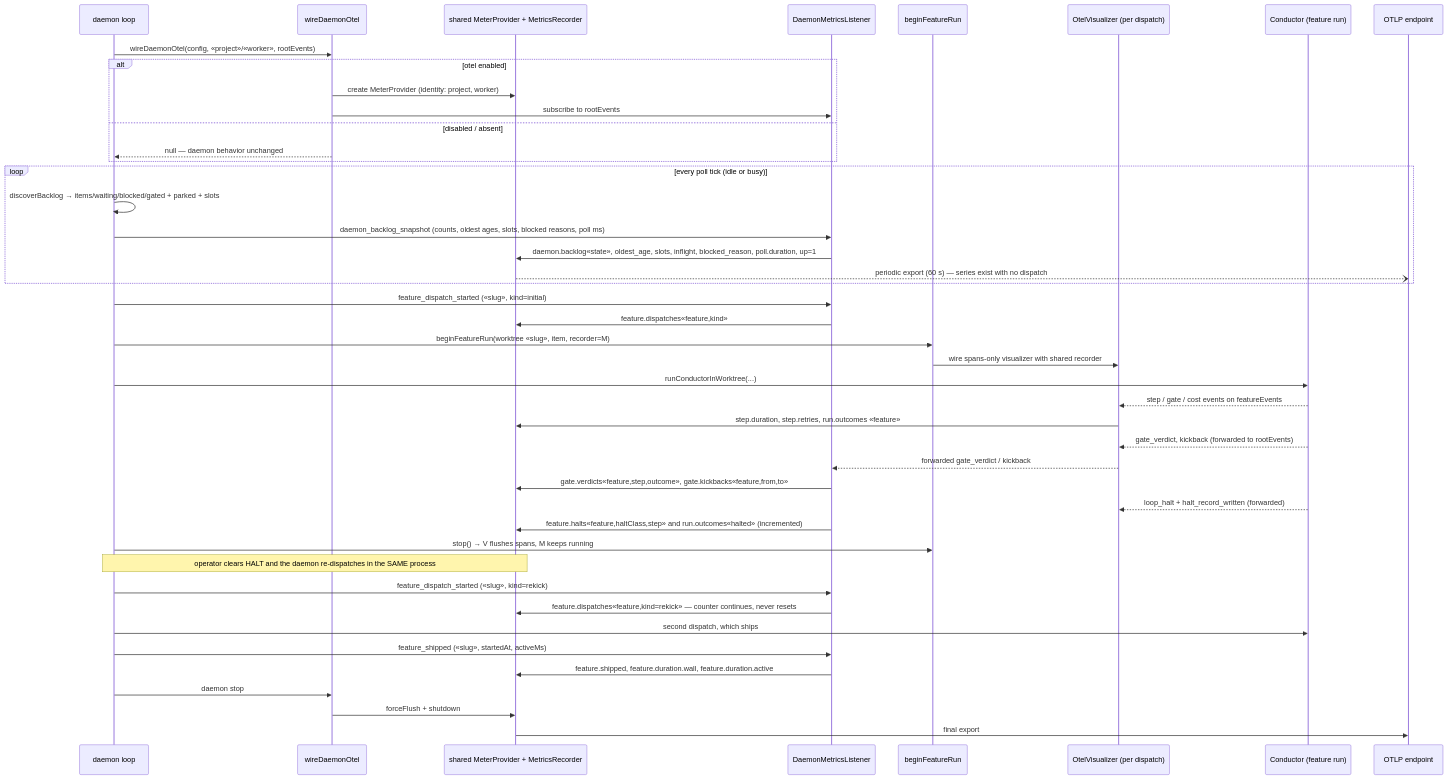
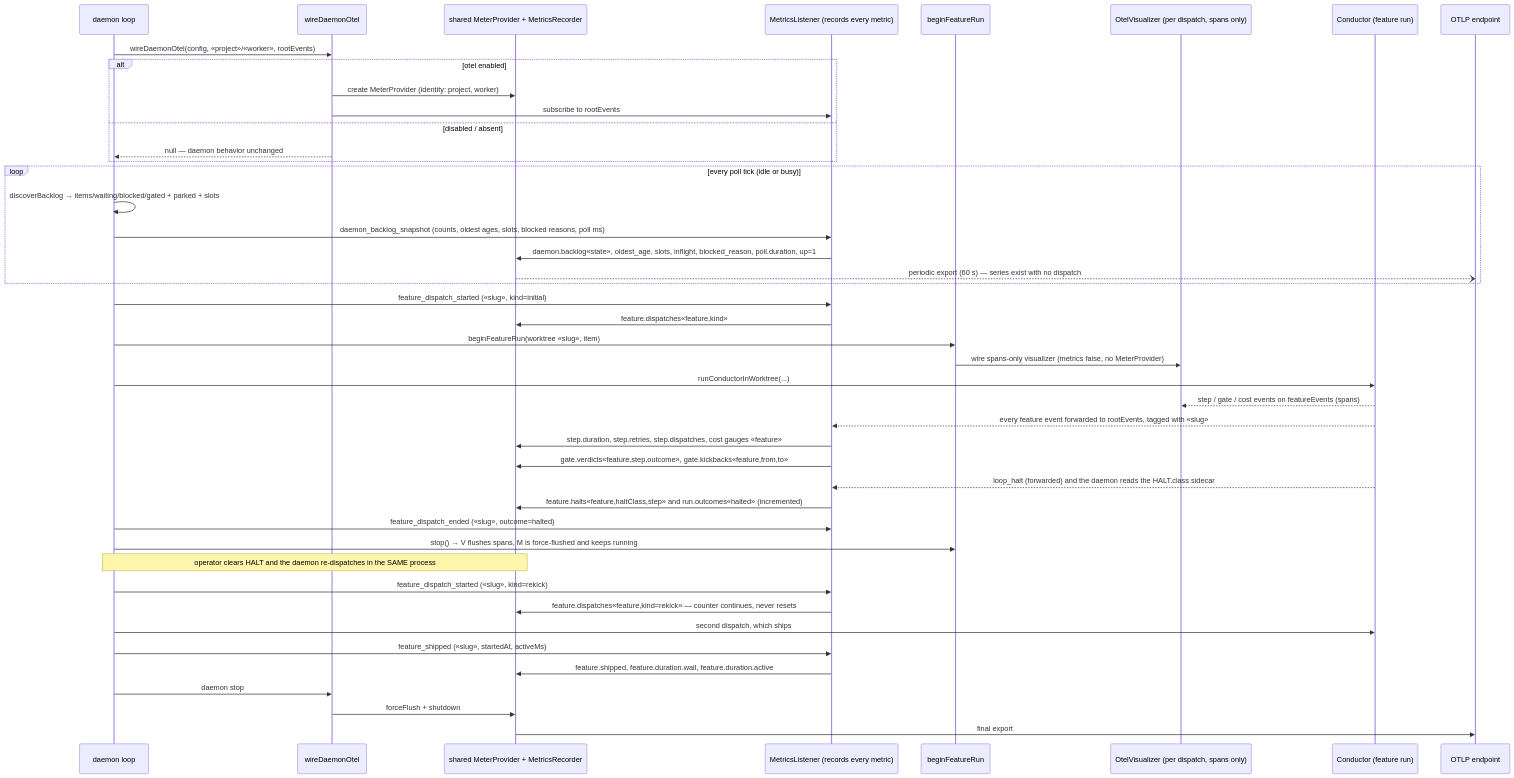
The diagram in .docs/architecture/sequences/no-daemon-level-metrics-queue-depth-halts-and-gate.md (jstoup111/ai-conductor), drawn with Mermaid before and after one commit. The commit also changed other lines of this file and 6 other files, not shown here.

First line of the commit message:
spec: metrics recorded by an event-fed listener; visualizer spans-only (remote-worker seam)

````diff
--- a/.docs/architecture/sequences/no-daemon-level-metrics-queue-depth-halts-and-gate.md
+++ b/.docs/architecture/sequences/no-daemon-level-metrics-queue-depth-halts-and-gate.md
@@ -10,51 +10,51 @@
 ```mermaid
 sequenceDiagram
     participant D as daemon loop
     participant W as wireDaemonOtel
     participant M as shared MeterProvider + MetricsRecorder
-    participant L as DaemonMetricsListener
+    participant L as MetricsListener (records every metric)
     participant B as beginFeatureRun
-    participant V as OtelVisualizer (per dispatch)
+    participant V as OtelVisualizer (per dispatch, spans only)
     participant C as Conductor (feature run)
     participant O as OTLP endpoint
 
     D->>W: wireDaemonOtel(config, «project»/«worker», rootEvents)
     alt otel enabled
         W->>M: create MeterProvider (identity: project, worker)
         W->>L: subscribe to rootEvents
     else disabled / absent
         W-->>D: null — daemon behavior unchanged
     end
 
     loop every poll tick (idle or busy)
         D->>D: discoverBacklog → items/waiting/blocked/gated + parked + slots
         D->>L: daemon_backlog_snapshot (counts, oldest ages, slots, blocked reasons, poll ms)
         L->>M: daemon.backlog«state», oldest_age, slots, inflight, blocked_reason, poll.duration, up=1
         M--)O: periodic export (60 s) — series exist with no dispatch
     end
 
     D->>L: feature_dispatch_started («slug», kind=initial)
     L->>M: feature.dispatches«feature,kind»
-    D->>B: beginFeatureRun(worktree «slug», item, recorder=M)
-    B->>V: wire spans-only visualizer with shared recorder
+    D->>B: beginFeatureRun(worktree «slug», item)
+    B->>V: wire spans-only visualizer (metrics false, no MeterProvider)
     D->>C: runConductorInWorktree(...)
-    C-->>V: step / gate / cost events on featureEvents
-    V->>M: step.duration, step.retries, run.outcomes «feature»
-    C-->>V: gate_verdict, kickback (forwarded to rootEvents)
-    V-->>L: forwarded gate_verdict / kickback
+    C-->>V: step / gate / cost events on featureEvents (spans)
+    C-->>L: every feature event forwarded to rootEvents, tagged with «slug»
+    L->>M: step.duration, step.retries, step.dispatches, cost gauges «feature»
     L->>M: gate.verdicts«feature,step,outcome», gate.kickbacks«feature,from,to»
-    C-->>V: loop_halt + halt_record_written (forwarded)
+    C-->>L: loop_halt (forwarded) and the daemon reads the HALT.class sidecar
     L->>M: feature.halts«feature,haltClass,step» and run.outcomes«halted» (incremented)
-    D->>B: stop() → V flushes spans, M keeps running
+    D->>L: feature_dispatch_ended («slug», outcome=halted)
+    D->>B: stop() → V flushes spans, M is force-flushed and keeps running
 
     Note over D,M: operator clears HALT and the daemon re-dispatches in the SAME process
     D->>L: feature_dispatch_started («slug», kind=rekick)
     L->>M: feature.dispatches«feature,kind=rekick» — counter continues, never resets
     D->>C: second dispatch, which ships
     D->>L: feature_shipped («slug», startedAt, activeMs)
     L->>M: feature.shipped, feature.duration.wall, feature.duration.active
 
     D->>W: daemon stop
     W->>M: forceFlush + shutdown
     M->>O: final export
 ```
````
